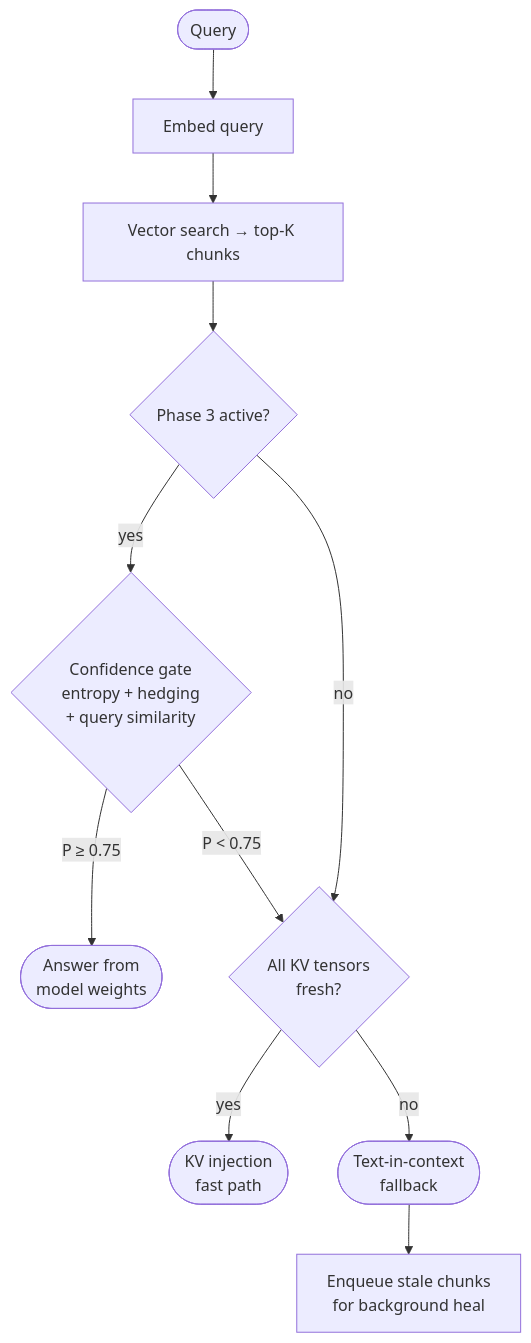
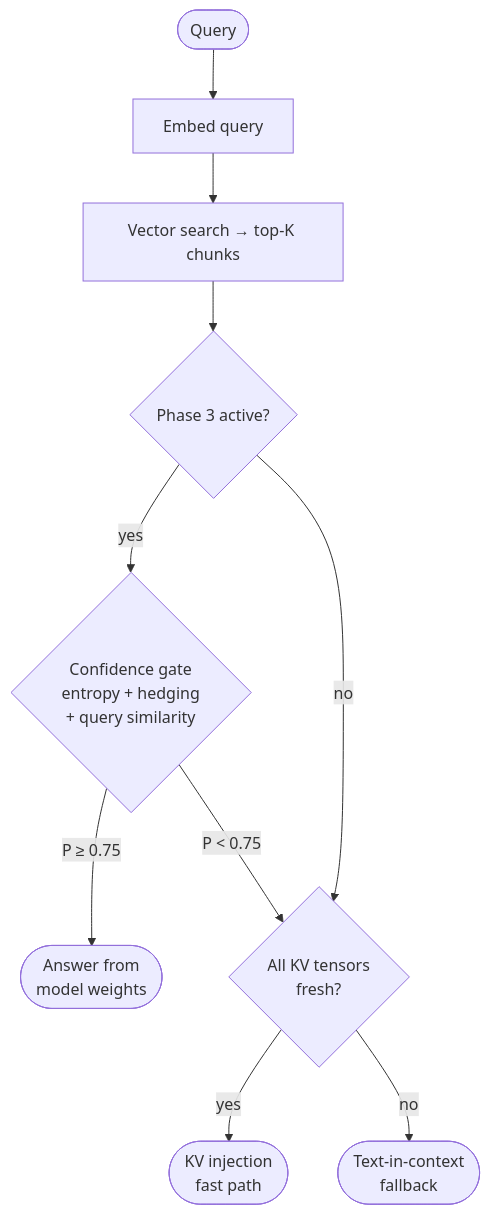
Before and after one commit to hemantcgi/kvforge: the second of 2 diagrams in README.md, drawn with Mermaid. The commit also changed other lines of this file and 10 other files, not shown here.

````diff
--- a/README.md
+++ b/README.md
@@ -83,15 +108,14 @@
 ```mermaid
 flowchart TD
     Q([Query]) --> E[Embed query]
     E --> S[Vector search → top-K chunks]
     S --> G{Phase 3 active?}
 
     G -- yes --> C{Confidence gate\nentropy + hedging\n+ query similarity}
     C -- P ≥ 0.75 --> P([Answer from\nmodel weights])
     C -- P < 0.75 --> F
 
     G -- no --> F{All KV tensors\nfresh?}
     F -- yes --> KV([KV injection\nfast path])
     F -- no --> TX([Text-in-context\nfallback])
-    TX --> HQ[Enqueue stale chunks\nfor background heal]
 ```
````
